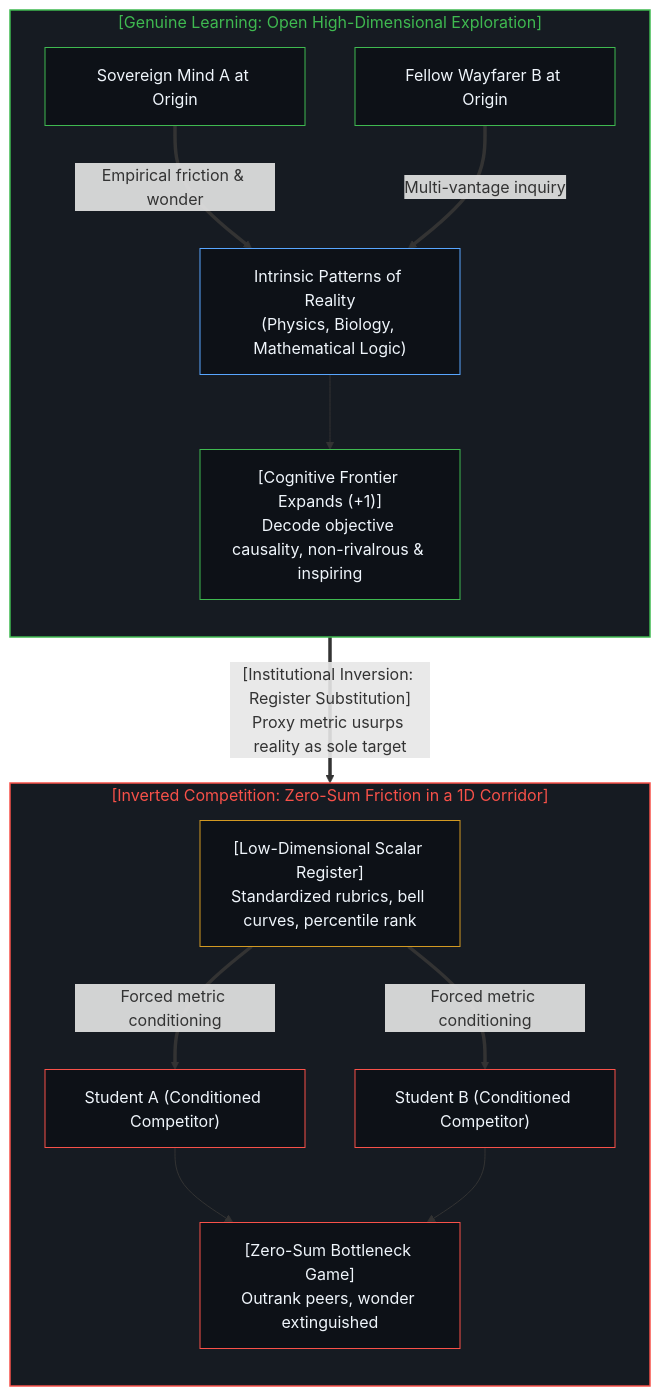
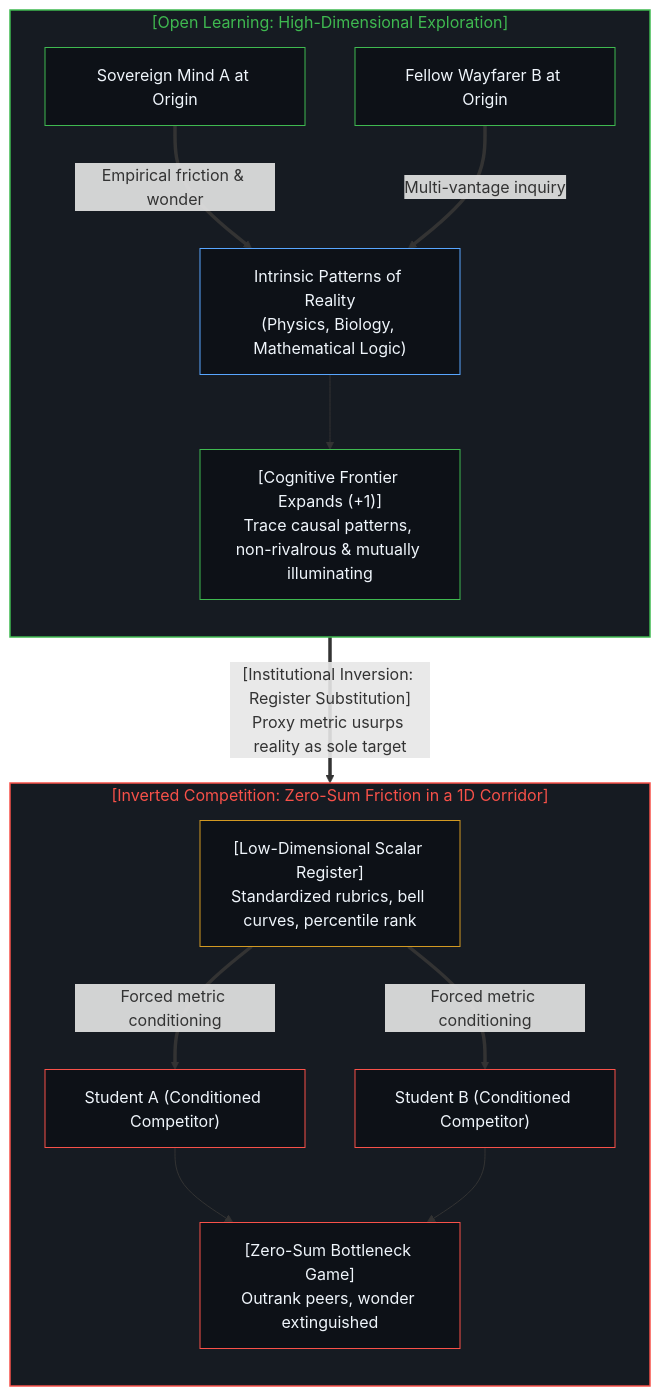
The sixth of 10 diagrams in content/posts/the-reversal-of-education-and-science.md (powerpig99/not-a-toe), drawn with Mermaid before and after one commit. The commit also changed other lines of this file and 2 other files, not shown here.

````diff
--- a/content/posts/the-reversal-of-education-and-science.md
+++ b/content/posts/the-reversal-of-education-and-science.md
@@ -258,40 +237,35 @@
 ```mermaid
 flowchart TD
-    subgraph S_Genuine["[Genuine Learning: Open High-Dimensional Exploration]"]
+    subgraph S_Genuine["[Open Learning: High-Dimensional Exploration]"]
         direction TB
         MindA["Sovereign Mind A at Origin"]
         MindB["Fellow Wayfarer B at Origin"]
         Patterns["Intrinsic Patterns of Reality<br/>(Physics, Biology, Mathematical Logic)"]
-        Expansion["[Cognitive Frontier Expands (+1)]<br/>Decode objective causality, non-rivalrous & inspiring"]
-
+        Expansion["[Cognitive Frontier Expands (+1)]<br/>Trace causal patterns, non-rivalrous & mutually illuminating"]
         MindA ==>|"Empirical friction & wonder"| Patterns
         MindB ==>|"Multi-vantage inquiry"| Patterns
         Patterns --> Expansion
     end
-
     S_Genuine ==>|"[Institutional Inversion: Register Substitution]<br/>Proxy metric usurps reality as sole target"| S_Arena
-
     subgraph S_Arena["[Inverted Competition: Zero-Sum Friction in a 1D Corridor]"]
         direction TB
         ExamRegister["[Low-Dimensional Scalar Register]<br/>Standardized rubrics, bell curves, percentile rank"]
         StudentA["Student A (Conditioned Competitor)"]
         StudentB["Student B (Conditioned Competitor)"]
         ZeroSumResult["[Zero-Sum Bottleneck Game]<br/>Outrank peers, wonder extinguished"]
-
         ExamRegister ==>|"Forced metric conditioning"| StudentA
         ExamRegister ==>|"Forced metric conditioning"| StudentB
         StudentA --> ZeroSumResult
         StudentB --> ZeroSumResult
     end
-
     style S_Genuine fill:#161b22,stroke:#3fb950,stroke-width:1.5px,color:#3fb950
     style S_Arena fill:#161b22,stroke:#f85149,stroke-width:1.5px,color:#f85149
     style MindA fill:#0d1117,stroke:#3fb950,stroke-width:1px,color:#f0f6fc
     style MindB fill:#0d1117,stroke:#3fb950,stroke-width:1px,color:#f0f6fc
     style Patterns fill:#0d1117,stroke:#58a6ff,stroke-width:1px,color:#f0f6fc
     style Expansion fill:#0d1117,stroke:#3fb950,stroke-width:1px,color:#f0f6fc
     style ExamRegister fill:#0d1117,stroke:#d29922,stroke-width:1px,color:#f0f6fc
     style StudentA fill:#0d1117,stroke:#f85149,stroke-width:1px,color:#f0f6fc
     style StudentB fill:#0d1117,stroke:#f85149,stroke-width:1px,color:#f0f6fc
     style ZeroSumResult fill:#0d1117,stroke:#f85149,stroke-width:1px,color:#f0f6fc
 ```
````
